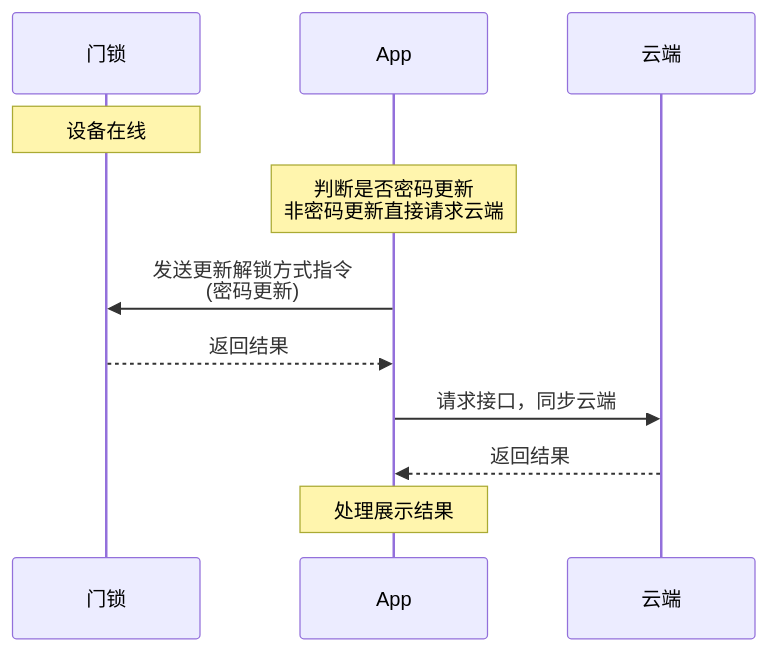
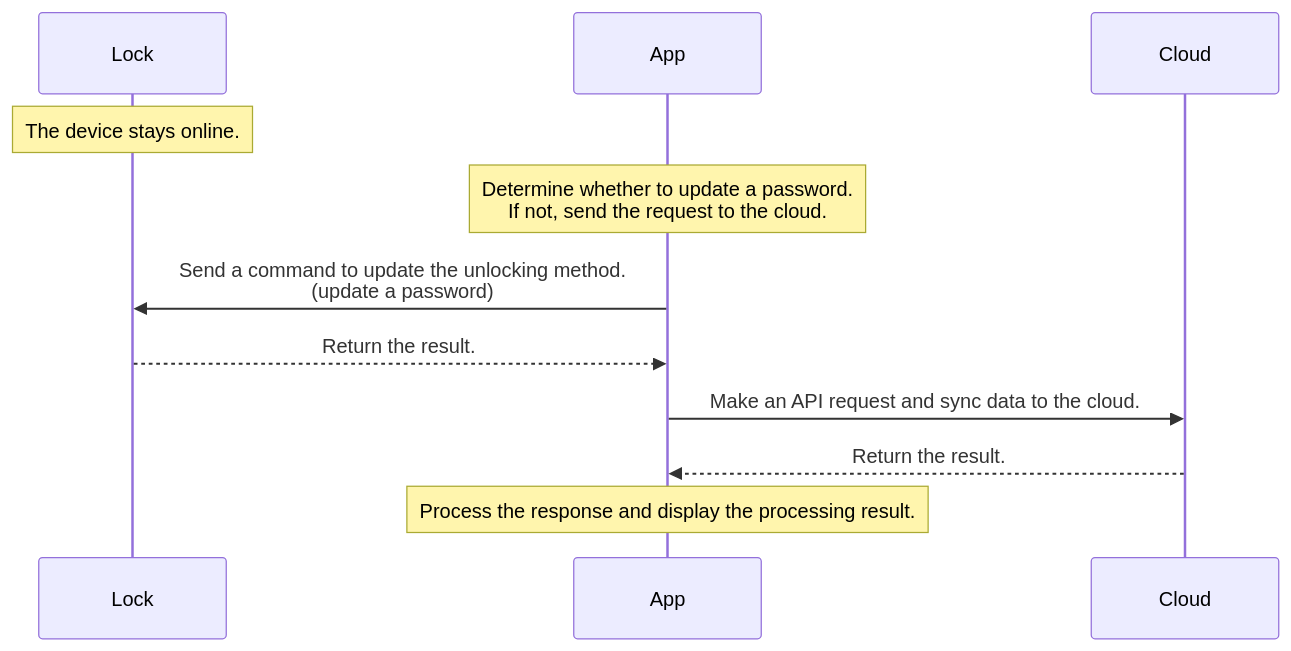
One commit to tuya/tuya-lock-android-demo changed the eighth of 11 diagrams in lock/README.md. Above: the diagram before and after it, drawn with Mermaid. The commit also changed other lines of this file and 1 other file, not shown here.

````diff
--- a/lock/README.md
+++ b/lock/README.md
@@ -1147,13 +1171,13 @@
 ```mermaid
 sequenceDiagram
-participant D as 门锁
+participant D as Lock
 participant A as App
-participant C as 云端
-Note over D: 设备在线
-Note over A: 判断是否密码更新<br>非密码更新直接请求云端
-A->>D: 发送更新解锁方式指令<br>(密码更新)
-D-->>A: 返回结果
-A->>C: 请求接口，同步云端
-C-->>A: 返回结果
-Note over A: 处理展示结果
+participant C as Cloud
+Note over D: The device stays online.
+Note over A: Determine whether to update a password.<br>If not, send the request to the cloud.
+A->>D: Send a command to update the unlocking method.<br>(update a password)
+D-->>A: Return the result.
+A->>C: Make an API request and sync data to the cloud.
+C-->>A: Return the result.
+Note over A: Process the response and display the processing result.
 ```
````
